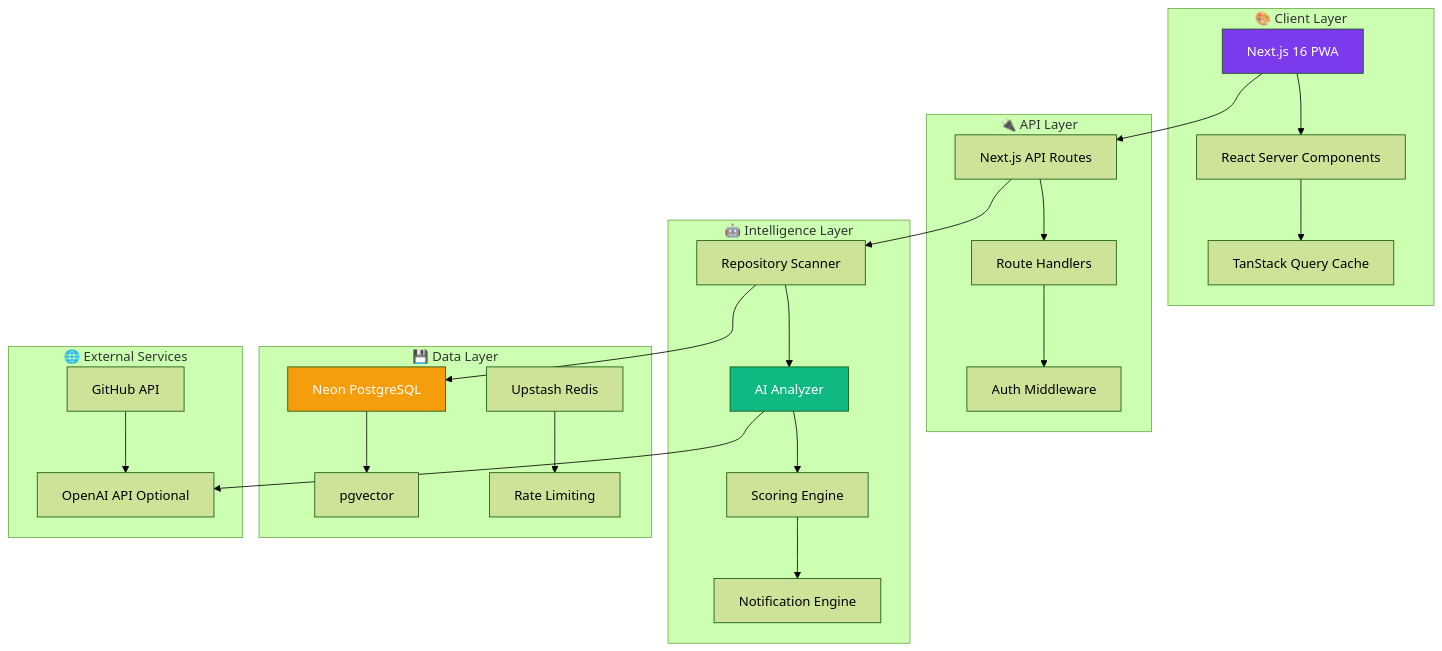
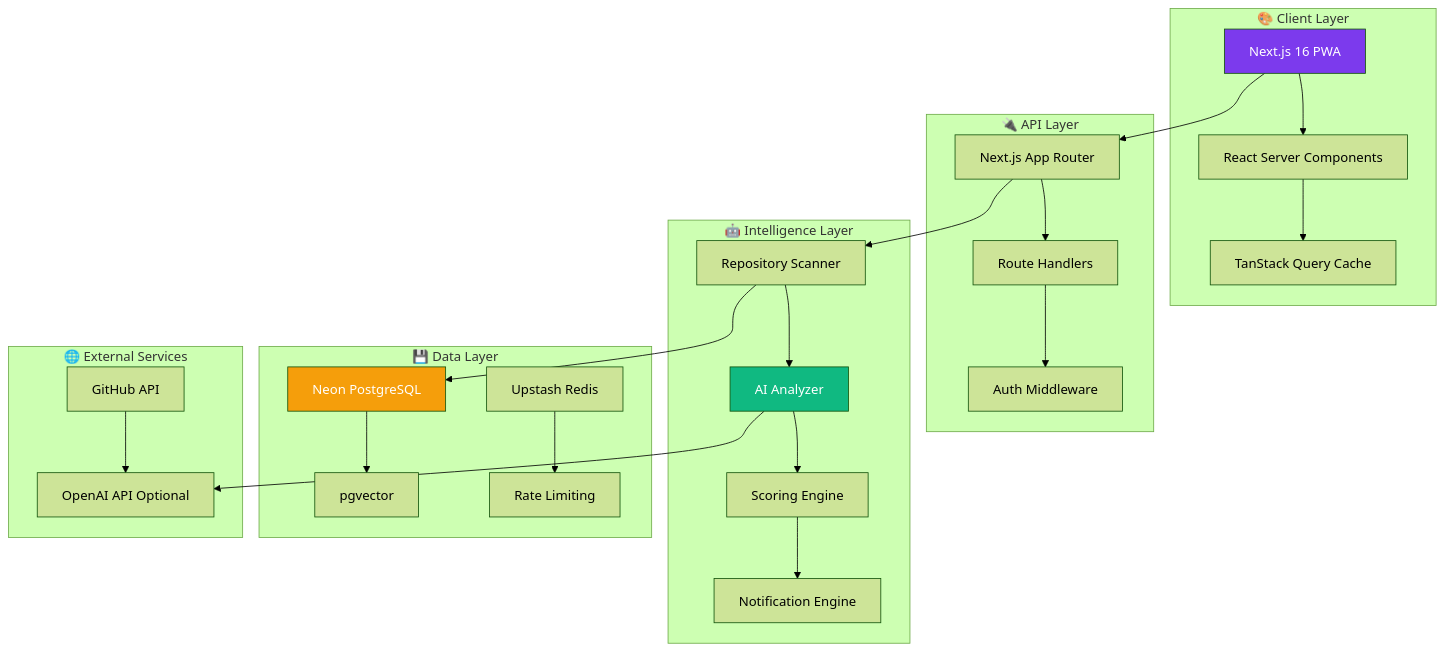
One commit to BjornMelin/contribux changed the first of 5 diagrams in README.md. Above: the diagram before and after it, drawn with Mermaid (forest theme). The commit also changed other lines of this file and 17 other files, not shown here.

````diff
--- a/README.md
+++ b/README.md
@@ -91,36 +91,36 @@
 ```mermaid
 graph TB
     subgraph "🎨 Client Layer"
         A[Next.js 16 PWA] --> B[React Server Components]
         B --> C[TanStack Query Cache]
     end
 
     subgraph "🔌 API Layer"
-        D[Next.js API Routes] --> E[Route Handlers]
+        D[Next.js App Router] --> E[Route Handlers]
         E --> F[Auth Middleware]
     end
 
     subgraph "🤖 Intelligence Layer"
         G[Repository Scanner] --> H[AI Analyzer]
         H --> I[Scoring Engine]
         I --> J[Notification Engine]
     end
 
     subgraph "💾 Data Layer"
         K[Neon PostgreSQL] --> L[pgvector]
         M[Upstash Redis] --> N[Rate Limiting]
     end
 
     subgraph "🌐 External Services"
         O[GitHub API] --> P[OpenAI API Optional]
     end
 
     A --> D
     D --> G
     G --> K
     H --> P
 
     style A fill:#7C3AED,color:#fff
     style H fill:#10B981,color:#fff
     style K fill:#F59E0B,color:#fff
 ```
````
